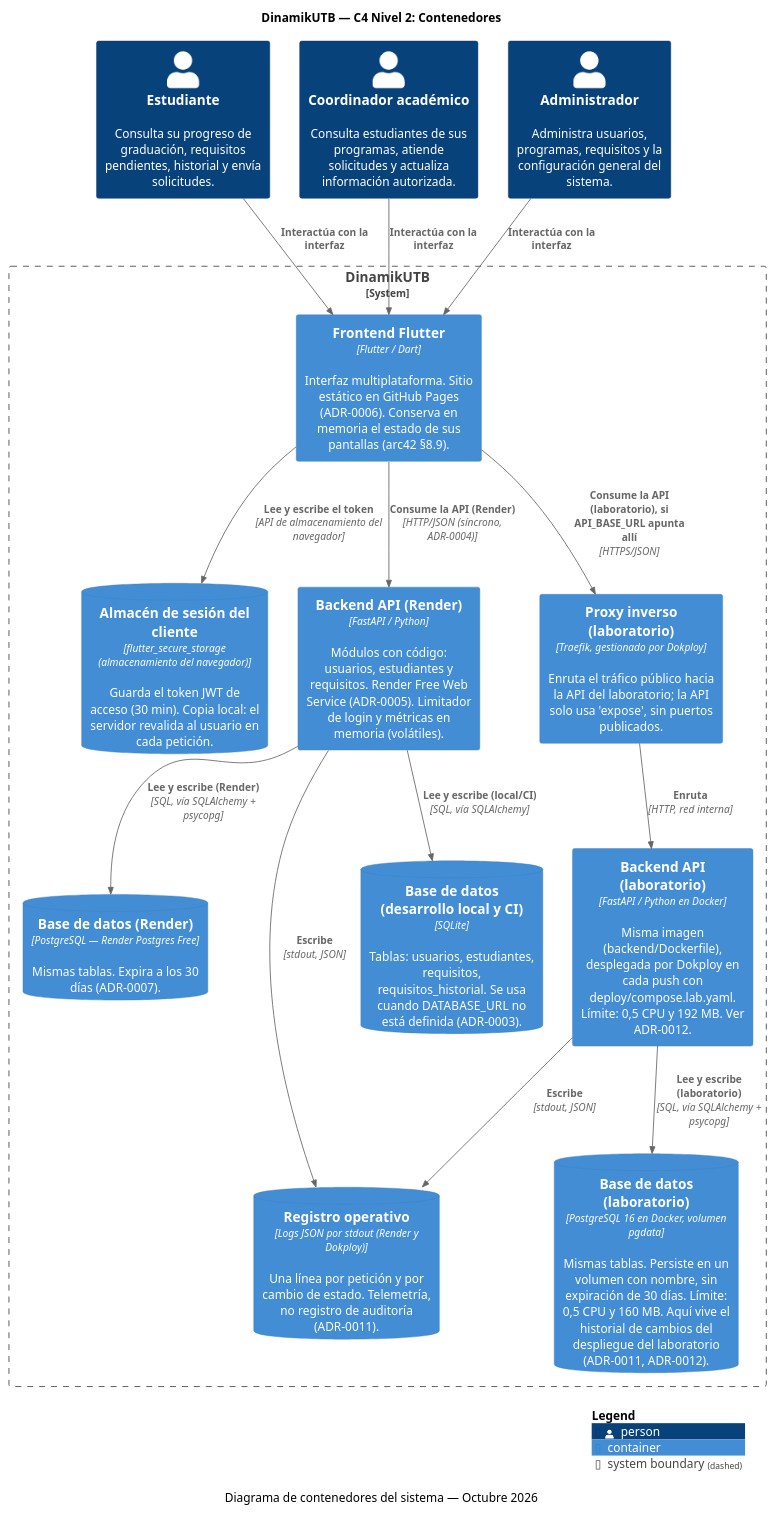
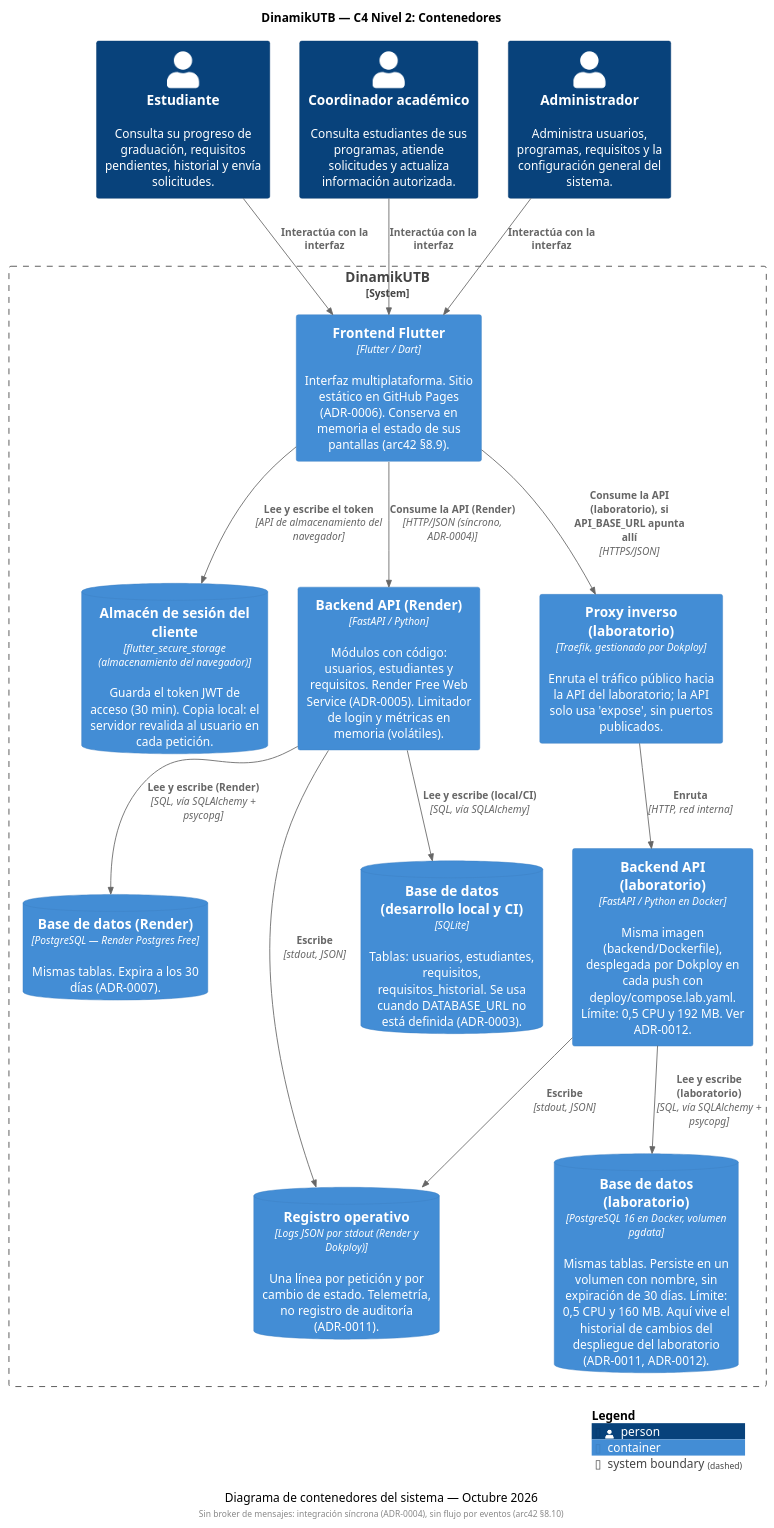
Before and after one commit to ISCOUTB/AS_202620_DinamikUTB: the diagram in docs/c4/contenedores.puml, drawn with PlantUML.

```diff
--- a/docs/c4/contenedores.puml
+++ b/docs/c4/contenedores.puml
@@ -1,40 +1,41 @@
 @startuml
 !include https://raw.githubusercontent.com/plantuml-stdlib/C4-PlantUML/master/C4_Container.puml
 
 title DinamikUTB — C4 Nivel 2: Contenedores
 caption Diagrama de contenedores del sistema — Octubre 2026
 
 Person(estudiante, "Estudiante", "Consulta su progreso de graduación, requisitos pendientes, historial y envía solicitudes.")
 Person(coordinador, "Coordinador académico", "Consulta estudiantes de sus programas, atiende solicitudes y actualiza información autorizada.")
 Person(administrador, "Administrador", "Administra usuarios, programas, requisitos y la configuración general del sistema.")
 
 System_Boundary(dinamik, "DinamikUTB") {
     Container(frontend, "Frontend Flutter", "Flutter / Dart", "Interfaz multiplataforma. Sitio estático en GitHub Pages (ADR-0006). Conserva en memoria el estado de sus pantallas (arc42 §8.9).")
     ContainerDb(token_store, "Almacén de sesión del cliente", "flutter_secure_storage (almacenamiento del navegador)", "Guarda el token JWT de acceso (30 min). Copia local: el servidor revalida al usuario en cada petición.")
 
     Container(backend, "Backend API (Render)", "FastAPI / Python", "Módulos con código: usuarios, estudiantes y requisitos. Render Free Web Service (ADR-0005). Limitador de login y métricas en memoria (volátiles).")
     ContainerDb(database_local, "Base de datos (desarrollo local y CI)", "SQLite", "Tablas: usuarios, estudiantes, requisitos, requisitos_historial. Se usa cuando DATABASE_URL no está definida (ADR-0003).")
     ContainerDb(database_prod, "Base de datos (Render)", "PostgreSQL — Render Postgres Free", "Mismas tablas. Expira a los 30 días (ADR-0007).")
 
     Container(proxy, "Proxy inverso (laboratorio)", "Traefik, gestionado por Dokploy", "Enruta el tráfico público hacia la API del laboratorio; la API solo usa 'expose', sin puertos publicados.")
     Container(backend_lab, "Backend API (laboratorio)", "FastAPI / Python en Docker", "Misma imagen (backend/Dockerfile), desplegada por Dokploy en cada push con deploy/compose.lab.yaml. Límite: 0,5 CPU y 192 MB. Ver ADR-0012.")
     ContainerDb(database_lab, "Base de datos (laboratorio)", "PostgreSQL 16 en Docker, volumen pgdata", "Mismas tablas. Persiste en un volumen con nombre, sin expiración de 30 días. Límite: 0,5 CPU y 160 MB. Aquí vive el historial de cambios del despliegue del laboratorio (ADR-0011, ADR-0012).")
 
     ContainerDb(logs, "Registro operativo", "Logs JSON por stdout (Render y Dokploy)", "Una línea por petición y por cambio de estado. Telemetría, no registro de auditoría (ADR-0011).")
 }
 
 Rel(estudiante, frontend, "Interactúa con la interfaz")
 Rel(coordinador, frontend, "Interactúa con la interfaz")
 Rel(administrador, frontend, "Interactúa con la interfaz")
 Rel(frontend, token_store, "Lee y escribe el token", "API de almacenamiento del navegador")
 Rel(frontend, backend, "Consume la API (Render)", "HTTP/JSON (síncrono, ADR-0004)")
 Rel(frontend, proxy, "Consume la API (laboratorio), si API_BASE_URL apunta allí", "HTTPS/JSON")
 Rel(proxy, backend_lab, "Enruta", "HTTP, red interna")
 Rel(backend, database_local, "Lee y escribe (local/CI)", "SQL, vía SQLAlchemy")
 Rel(backend, database_prod, "Lee y escribe (Render)", "SQL, vía SQLAlchemy + psycopg")
 Rel(backend_lab, database_lab, "Lee y escribe (laboratorio)", "SQL, vía SQLAlchemy + psycopg")
 Rel(backend, logs, "Escribe", "stdout, JSON")
 Rel(backend_lab, logs, "Escribe", "stdout, JSON")
 
+footer Sin broker de mensajes: integración síncrona (ADR-0004), sin flujo por eventos (arc42 §8.10)
 SHOW_LEGEND()
 @enduml
```
